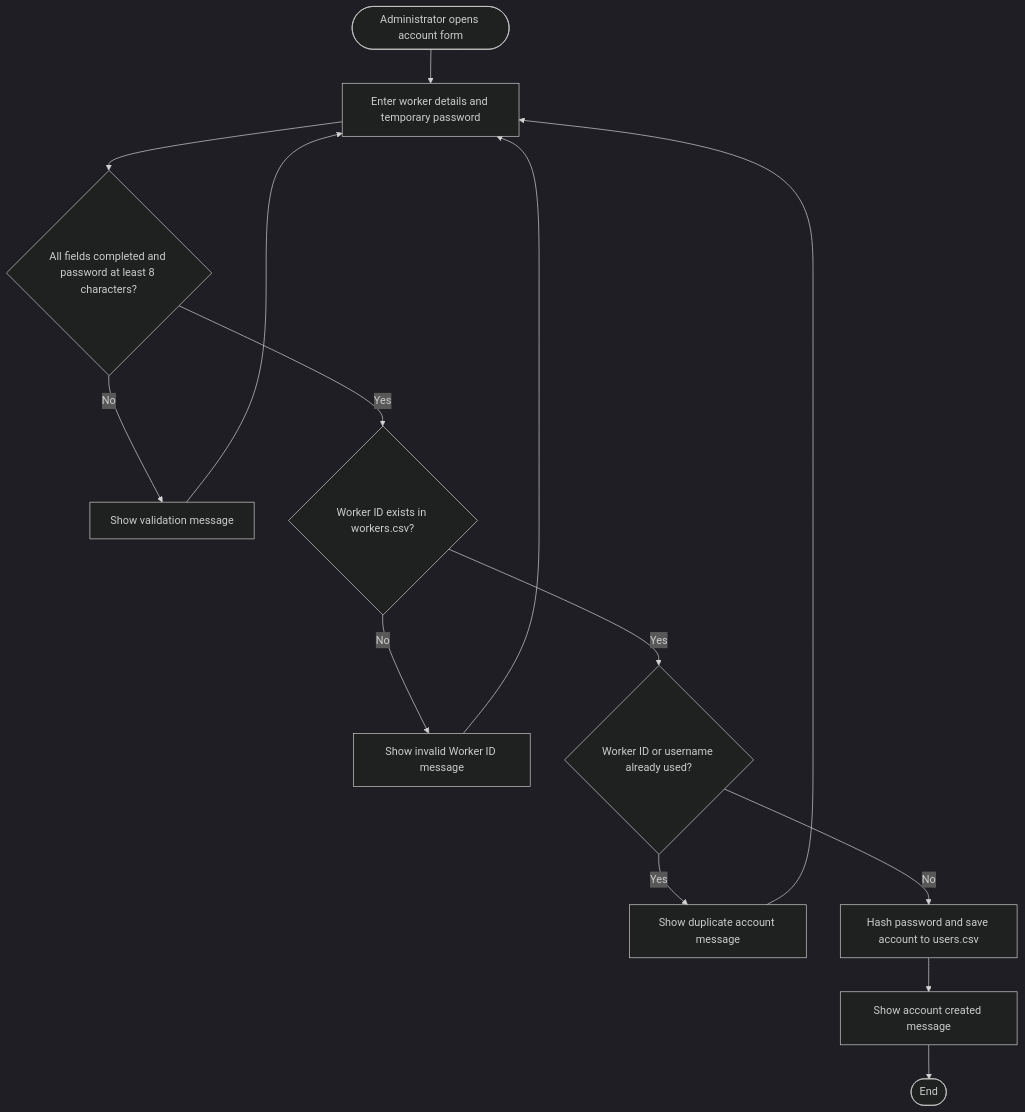
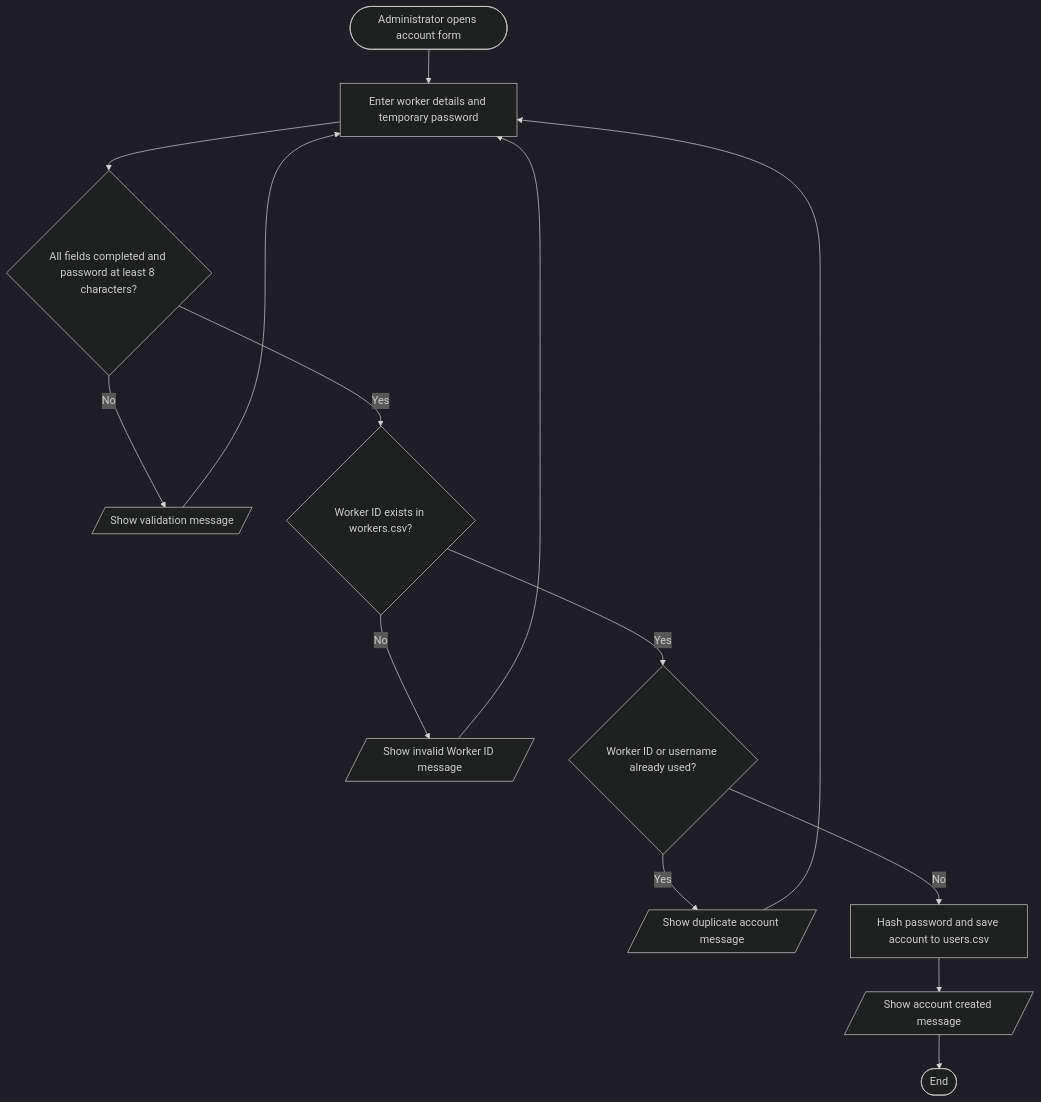
Before and after one commit to 2942996/KHWEZI-MINING-APP: the second of 12 diagrams in Algorithms, Flowcharts and Pseudocode/flowcharts/FLOWCHARTS.md, drawn with Mermaid (dark theme). The commit also changed other lines of this file, not shown here.

First line of the commit message:
Refactor flowchart error messages for clarity

````diff
--- a/Algorithms, Flowcharts and Pseudocode/flowcharts/FLOWCHARTS.md
+++ b/Algorithms, Flowcharts and Pseudocode/flowcharts/FLOWCHARTS.md
@@ -21,16 +21,16 @@
 ```mermaid
 flowchart TD
     A([Administrator opens account form]) --> B[Enter worker details and temporary password]
     B --> C{All fields completed and password at least 8 characters?}
-    C -- No --> D[Show validation message]
+    C -- No --> D[/Show validation message/]
     D --> B
     C -- Yes --> E{Worker ID exists in workers.csv?}
-    E -- No --> F[Show invalid Worker ID message]
+    E -- No --> F[/Show invalid Worker ID message/]
     F --> B
     E -- Yes --> G{Worker ID or username already used?}
-    G -- Yes --> H[Show duplicate account message]
+    G -- Yes --> H[/Show duplicate account message/]
     H --> B
     G -- No --> I[Hash password and save account to users.csv]
-    I --> J[Show account created message]
+    I --> J[/Show account created message/]
     J --> K([End])
 ```
````
